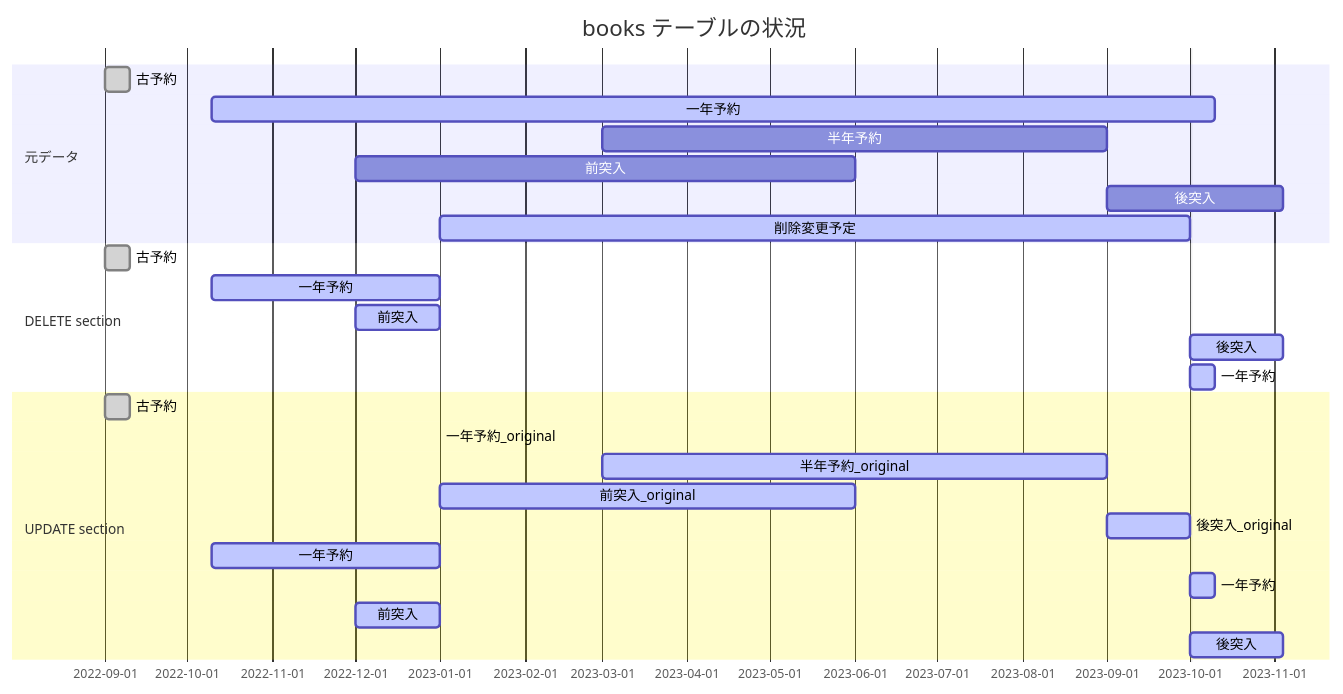
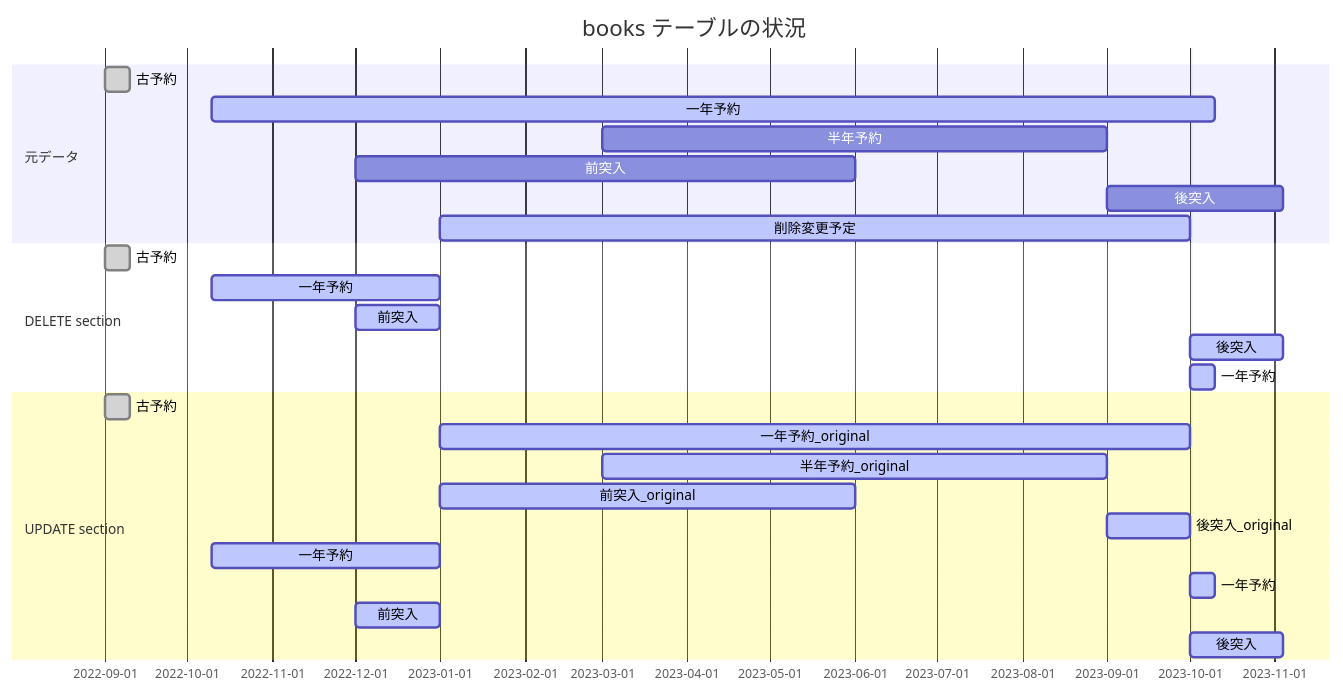
The diagram in articles/temportal-table-at-mariadb-memo.md (a-yasui/zenn-document), drawn with Mermaid before and after one commit.

Commit message:
日付指定ミス修正

````diff
--- a/articles/temportal-table-at-mariadb-memo.md
+++ b/articles/temportal-table-at-mariadb-memo.md
@@ -535,33 +535,33 @@
 ```mermaid
 gantt
 dateFormat  YYYY-MM-DD
 title books テーブルの状況
 excludes weekdays 2023-10-01
 
 section 元データ
 古予約  :done,   d1, 2022-09-01, 2022-09-10
 一年予約 :active, dy, 2022-10-10, 2023-10-10
 半年予約 :        dh, 2023-03-01, 2023-09-01
 前突入   :        da, 2022-12-01, 2023-06-01
 後突入   :        db, 2023-09-01, 2023-11-04
 削除変更予定: active, ddd, 2023-01-01, 2023-10-01
 
 section DELETE section
 古予約  :done,   d1, 2022-09-01, 2022-09-10
 一年予約 :active, dy, 2022-10-10, 2023-01-01
 前突入   :active, da, 2022-12-01, 2023-01-01
 後突入   :active, db, 2023-10-01, 2023-11-04
 一年予約 :active, dy, 2023-10-01, 2023-10-10
 
 section UPDATE section
 古予約            :done,  d1, 2022-09-01, 2022-09-10
-一年予約_original :active, dy_o, 2023-01-01, 2023-01-01
+一年予約_original :active, dy_o, 2023-01-01, 2023-10-01
 半年予約_original :active, dh_o, 2023-03-01, 2023-09-01
 前突入_original   :active, da_o, 2023-01-01, 2023-06-01
 後突入_original   :active, db_o, 2023-09-01, 2023-10-01
 一年予約          :active, dy_1, 2022-10-10, 2023-01-01
 一年予約          :active, dy_2, 2023-10-01, 2023-10-10
 前突入            :active, da, 2022-12-01, 2023-01-01
 後突入            :active, db, 2023-10-01, 2023-11-04
 
 ```
````
